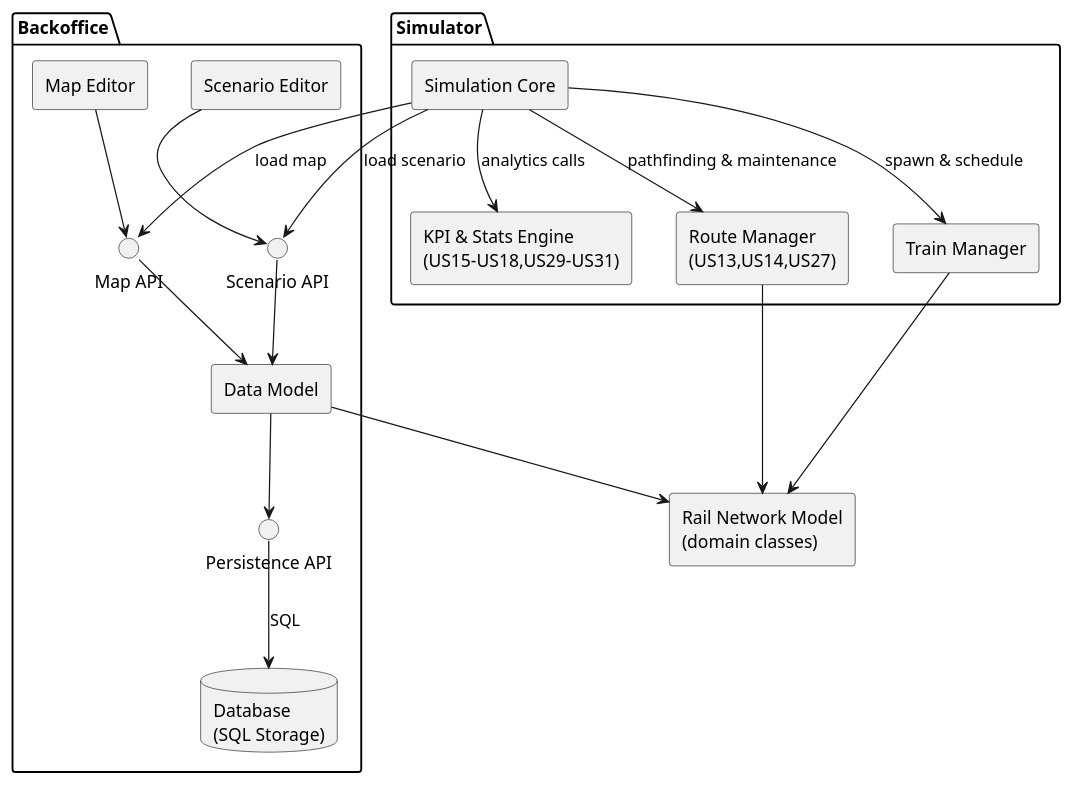
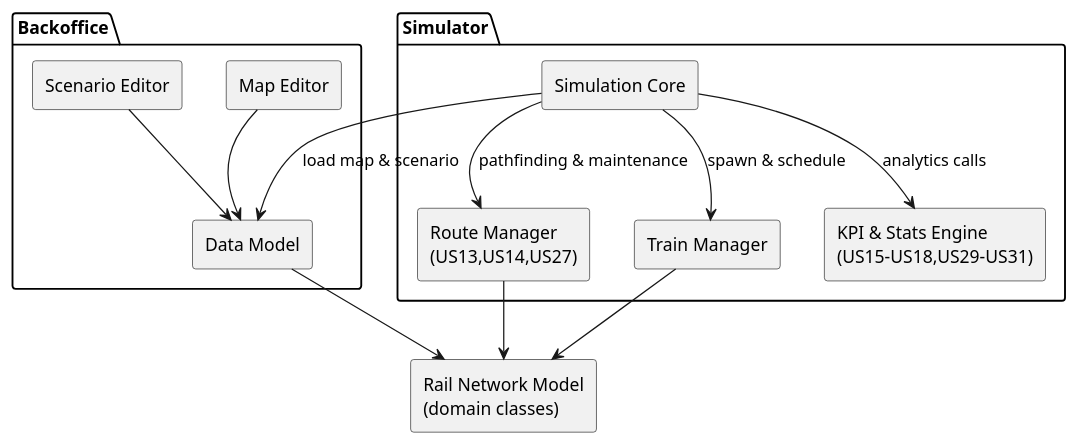
One commit to HenriqueSilva18/Railway-Network-Simulator changed the diagram in user-manual/product-structure.puml. Above: the diagram before and after it, drawn with PlantUML. The commit also changed 5 other files, not shown here.

```diff
--- a/user-manual/product-structure.puml
+++ b/user-manual/product-structure.puml
@@ -1,43 +1,33 @@
 @startuml
 skinparam componentStyle rectangle
 
 '=== Backoffice components ===
 package "Backoffice" {
   [Map Editor] as MapEd
   [Scenario Editor] as ScnEd
   [Data Model]    as DataModel
-  database "Database\n(SQL Storage)" as DB
 
-  interface "Map API" as IMap
-  interface "Scenario API" as IScn
-  interface "Persistence API" as IPersist
-
-  MapEd      --> IMap
-  ScnEd      --> IScn
-  DataModel  --> IPersist
-  IPersist   --> DB : SQL
-  IMap       --> DataModel
-  IScn       --> DataModel
+  MapEd      --> DataModel
+  ScnEd      --> DataModel
 }
 
 '=== Simulation components ===
 package "Simulator" {
   [Simulation Core]               as SimCore
   [Route Manager\n(US13,US14,US27)] as RouteMgr
   [Train Manager]                 as TrainMgr
   [KPI & Stats Engine\n(US15–US18,US29–US31)] as StatsEng
 
   SimCore   --> RouteMgr : pathfinding & maintenance
   SimCore   --> TrainMgr : spawn & schedule
   SimCore   --> StatsEng : analytics calls
-  SimCore   --> IMap      : load map
-  SimCore   --> IScn      : load scenario
+  SimCore   --> DataModel      : load map & scenario
 }
 
 '=== Shared library ===
 component "Rail Network Model\n(domain classes)" as DomainModel
 DataModel  --> DomainModel
 RouteMgr   --> DomainModel
 TrainMgr   --> DomainModel
 
 @enduml
```
